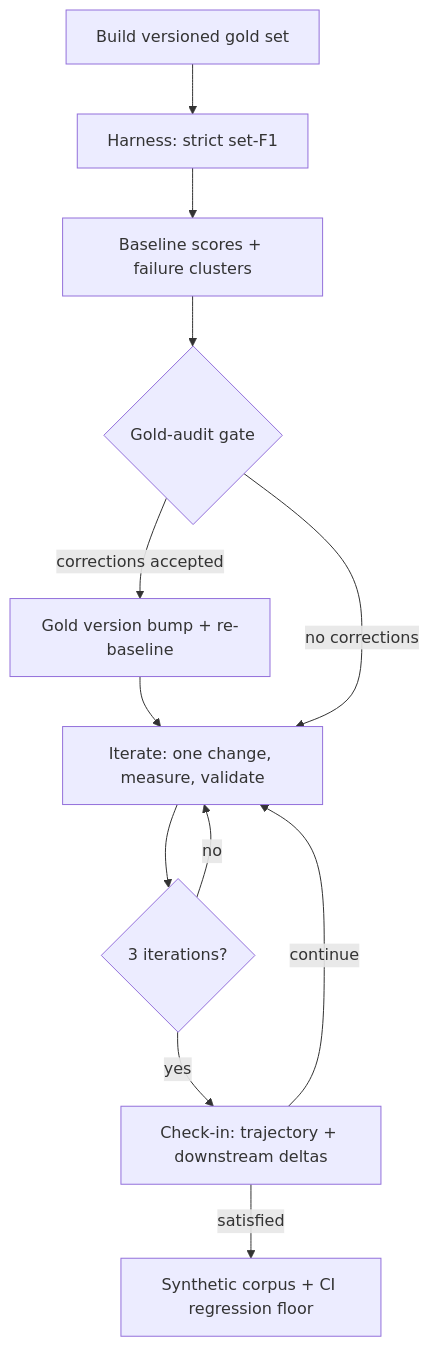
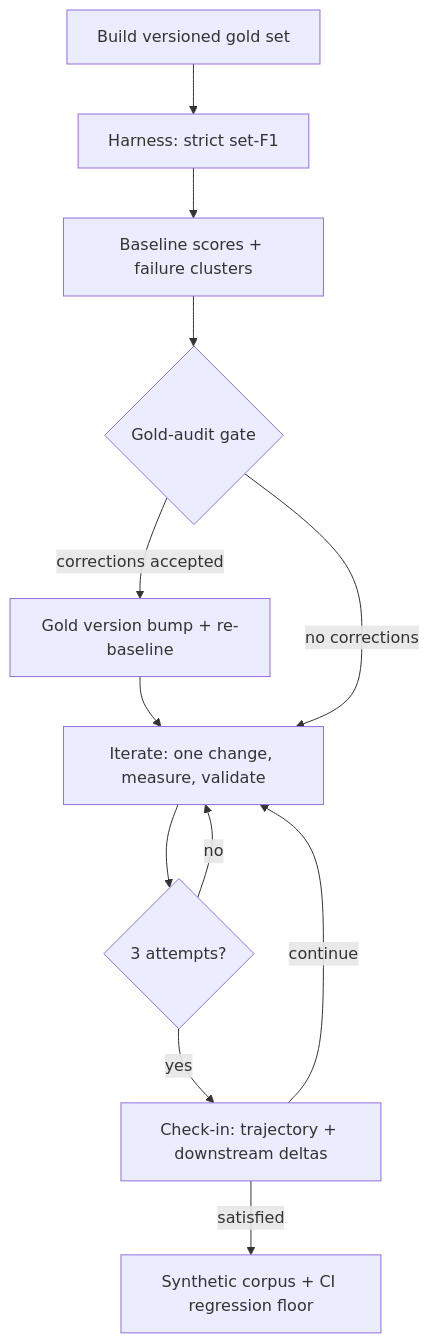
The first of 2 diagrams in docs/plans/2026-07-27-001-feat-f1-improvement-loop-plan.md (damienriehl/folio-resolve), drawn with Mermaid before and after one commit. The commit also changed other lines of this file, not shown here.

````diff
--- a/docs/plans/2026-07-27-001-feat-f1-improvement-loop-plan.md
+++ b/docs/plans/2026-07-27-001-feat-f1-improvement-loop-plan.md
@@ -85,14 +86,14 @@
 ```mermaid
 flowchart TB
   G[Build versioned gold set] --> H[Harness: strict set-F1]
   H --> B[Baseline scores + failure clusters]
   B --> A{Gold-audit gate}
   A -->|corrections accepted| G2[Gold version bump + re-baseline]
   G2 --> I[Iterate: one change, measure, validate]
   A -->|no corrections| I
-  I --> I2{3 iterations?}
+  I --> I2{3 attempts?}
   I2 -->|no| I
   I2 -->|yes| C[Check-in: trajectory + downstream deltas]
   C -->|continue| I
   C -->|satisfied| S[Synthetic corpus + CI regression floor]
 ```
````
